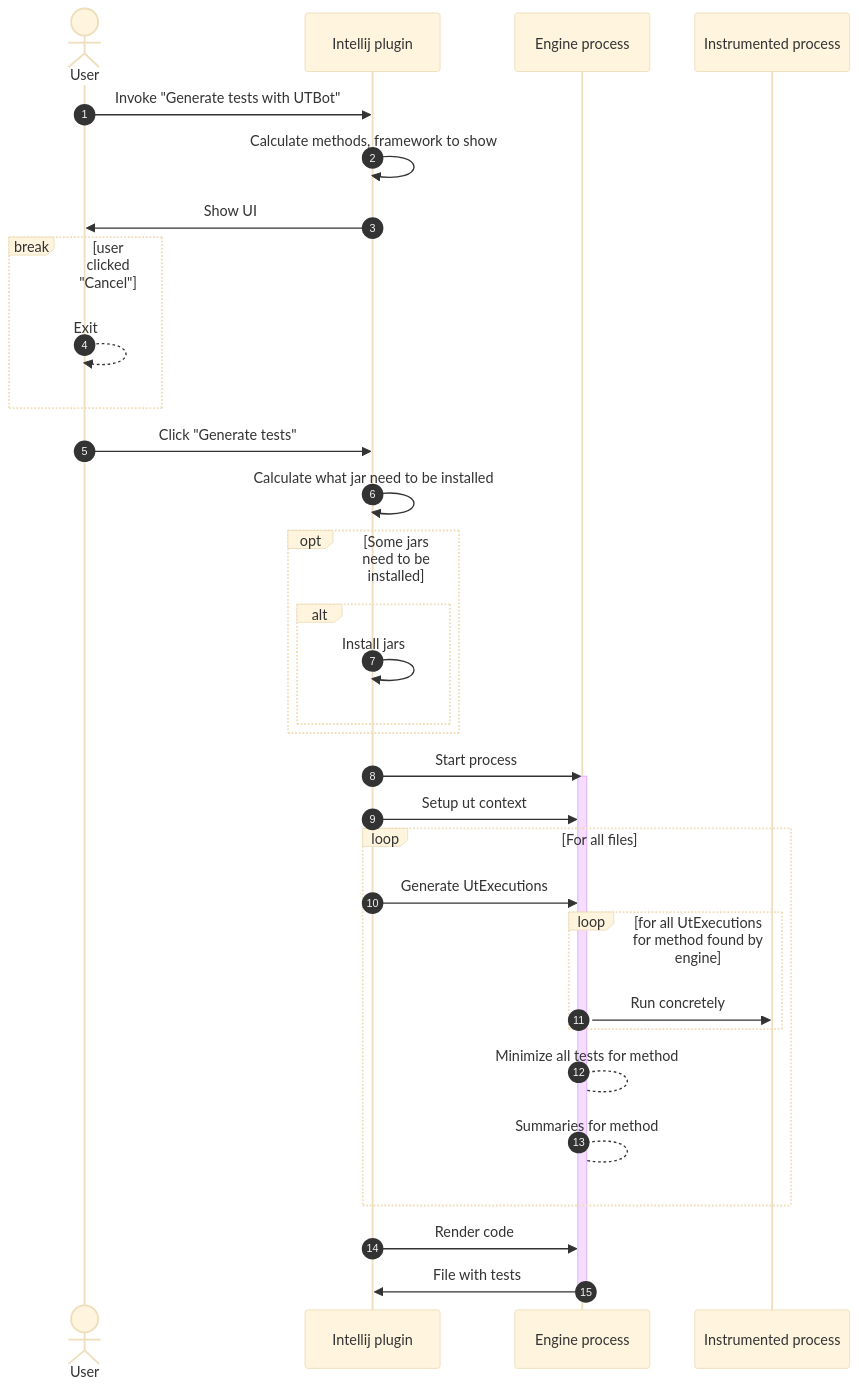
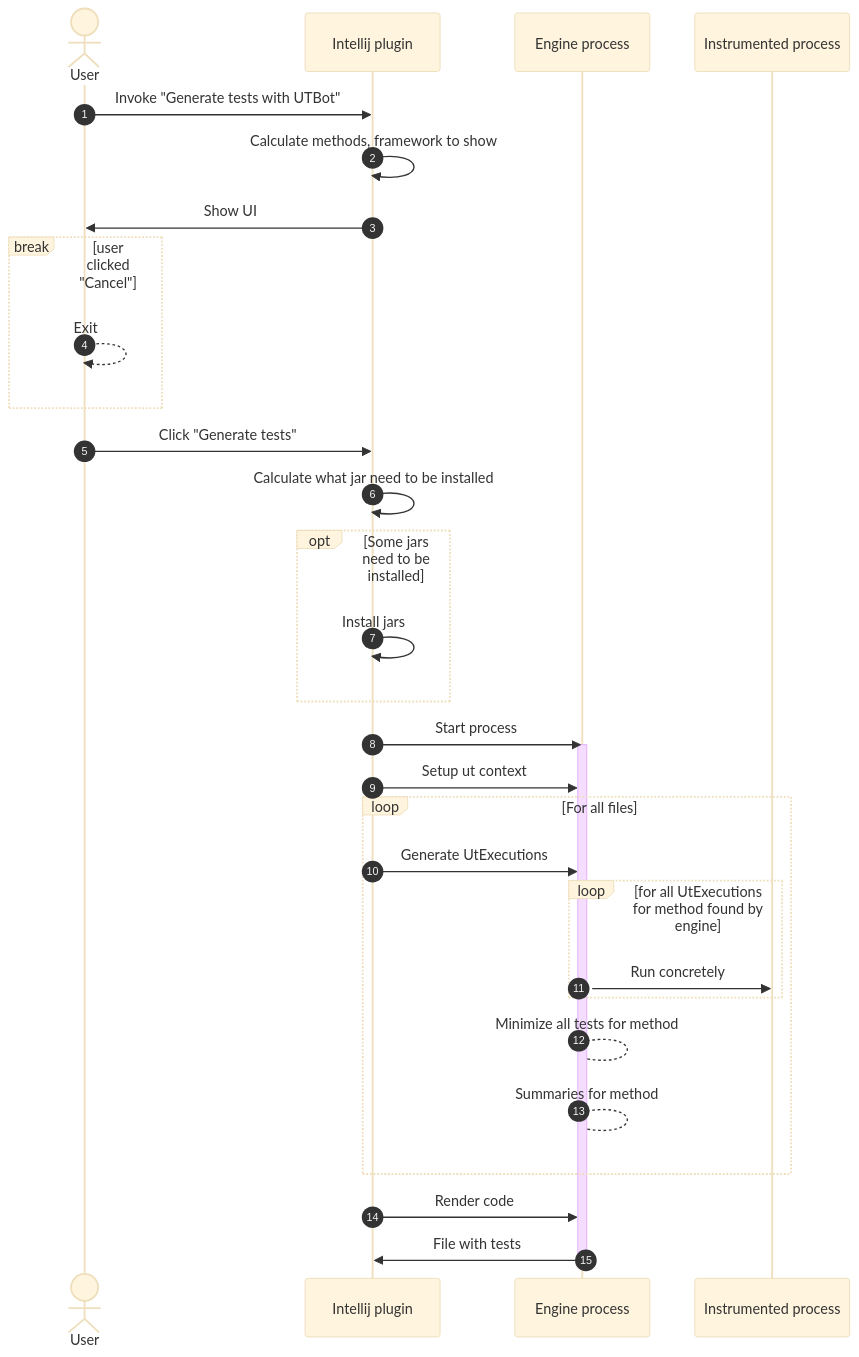
Before and after one commit to UnitTestBot/UTBotJava: the second of 2 diagrams in docs/OverallArchitecture.md, drawn with Mermaid (base theme).

Commit message:
Remove unneeded alt section

````diff
--- a/docs/OverallArchitecture.md
+++ b/docs/OverallArchitecture.md
@@ -68,42 +68,40 @@
 ```mermaid
 sequenceDiagram
     autonumber
     actor user as User
     participant ij as Intellij plugin
     participant engine as Engine process
     participant concrete as Instrumented process
     
     user ->> ij: Invoke "Generate tests with UTBot"
     ij ->> ij: Calculate methods, framework to show
     ij ->> user: Show UI
 
     break user clicked "Cancel"
         user -->> user: Exit
     end
     user ->> ij: Click "Generate tests"
     ij ->> ij: Calculate what jar need to be installed
         
     opt Some jars need to be installed  
-        alt
             ij ->> ij: Install jars
-        end
     end
 
     ij ->> engine: Start process
     activate engine
     ij ->> engine: Setup ut context
     
     loop For all files
         ij ->> engine: Generate UtExecutions
         loop for all UtExecutions for method found by engine
             engine ->> concrete: Run concretely            
         end
         engine --> engine: Minimize all tests for method
         engine --> engine: Summaries for method
     end
     ij ->> engine: Render code
     engine ->> ij: File with tests
     deactivate engine
 
     
 ```
````
